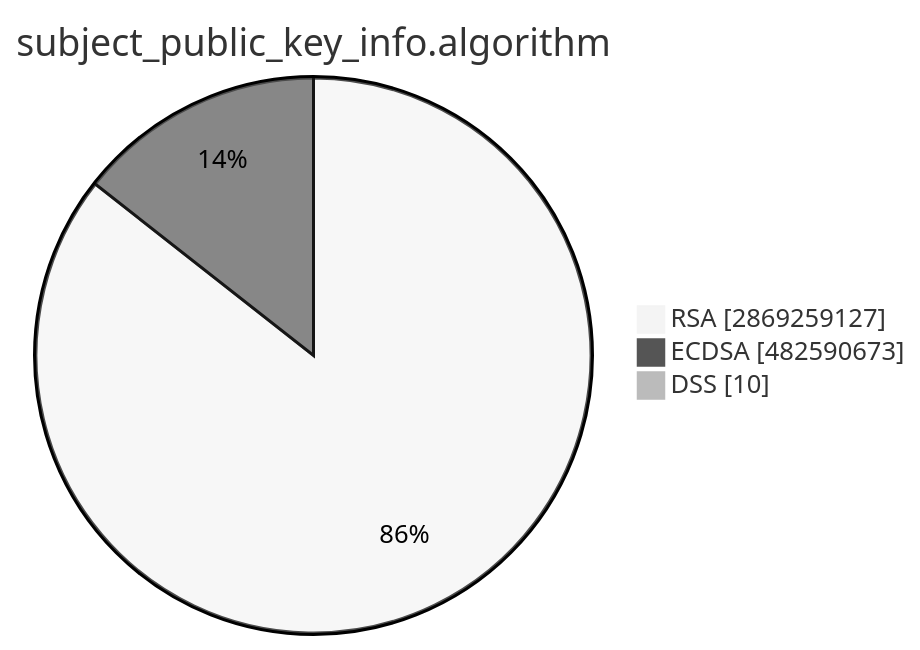
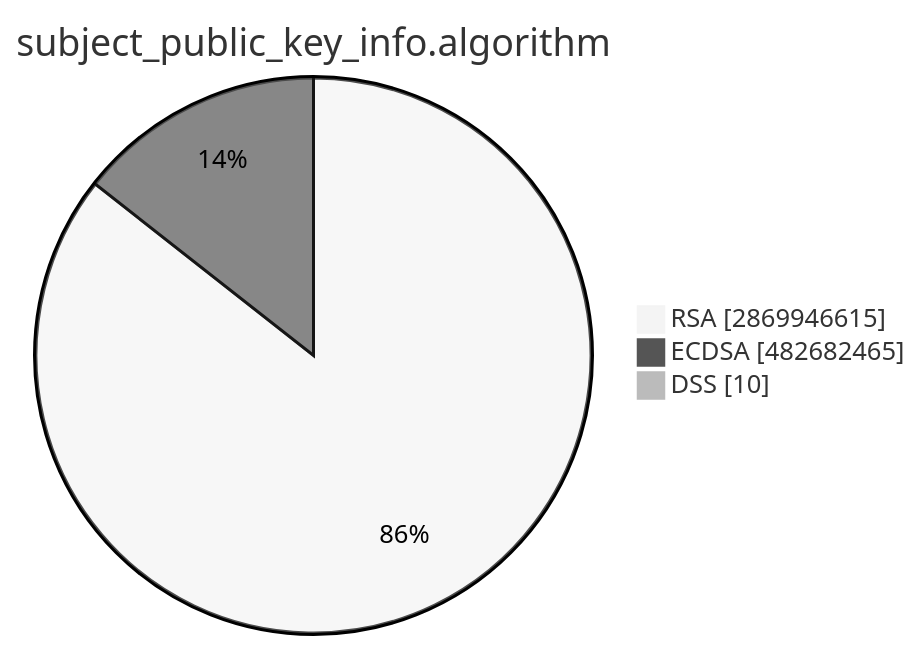
The second of 15 diagrams in TOTAL/README.md (christiankrug/ctmonitor_visualization), drawn with Mermaid (neutral theme) before and after one commit. The commit also changed other lines of this file, not shown here.

````diff
--- a/TOTAL/README.md
+++ b/TOTAL/README.md
@@ -6,7 +6,7 @@
 ```mermaid
 pie showData
 title subject_public_key_info.algorithm
-"RSA" :2869259127
-"ECDSA" :482590673
+"RSA" :2869946615
+"ECDSA" :482682465
 "DSS" :10
 ```
````
